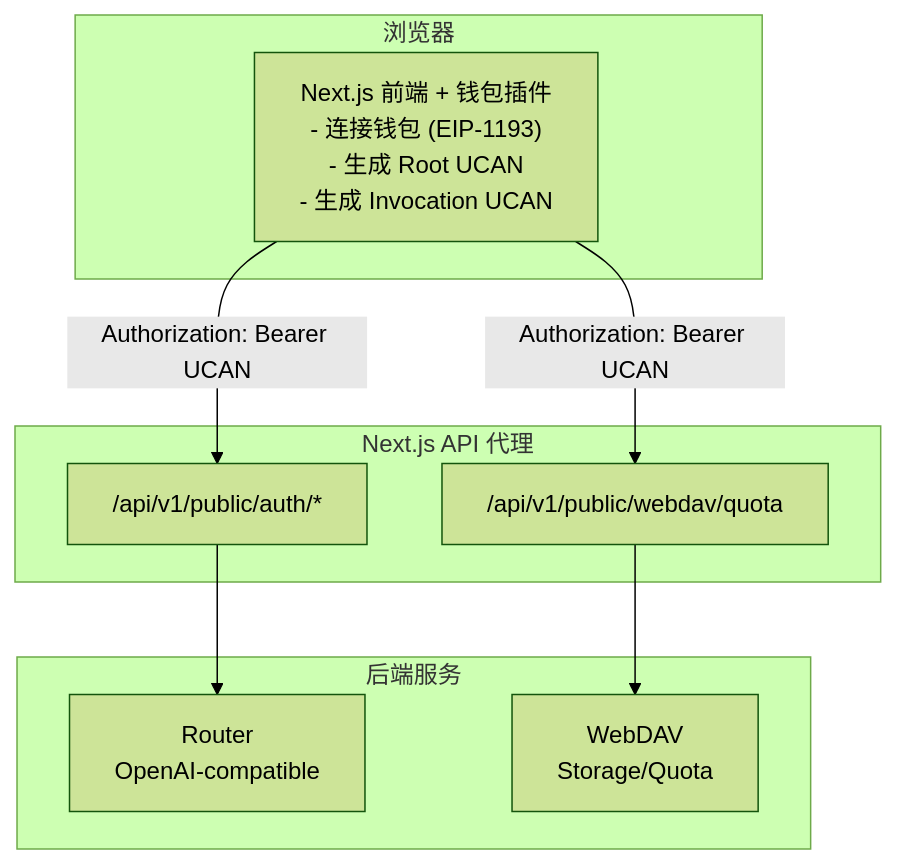
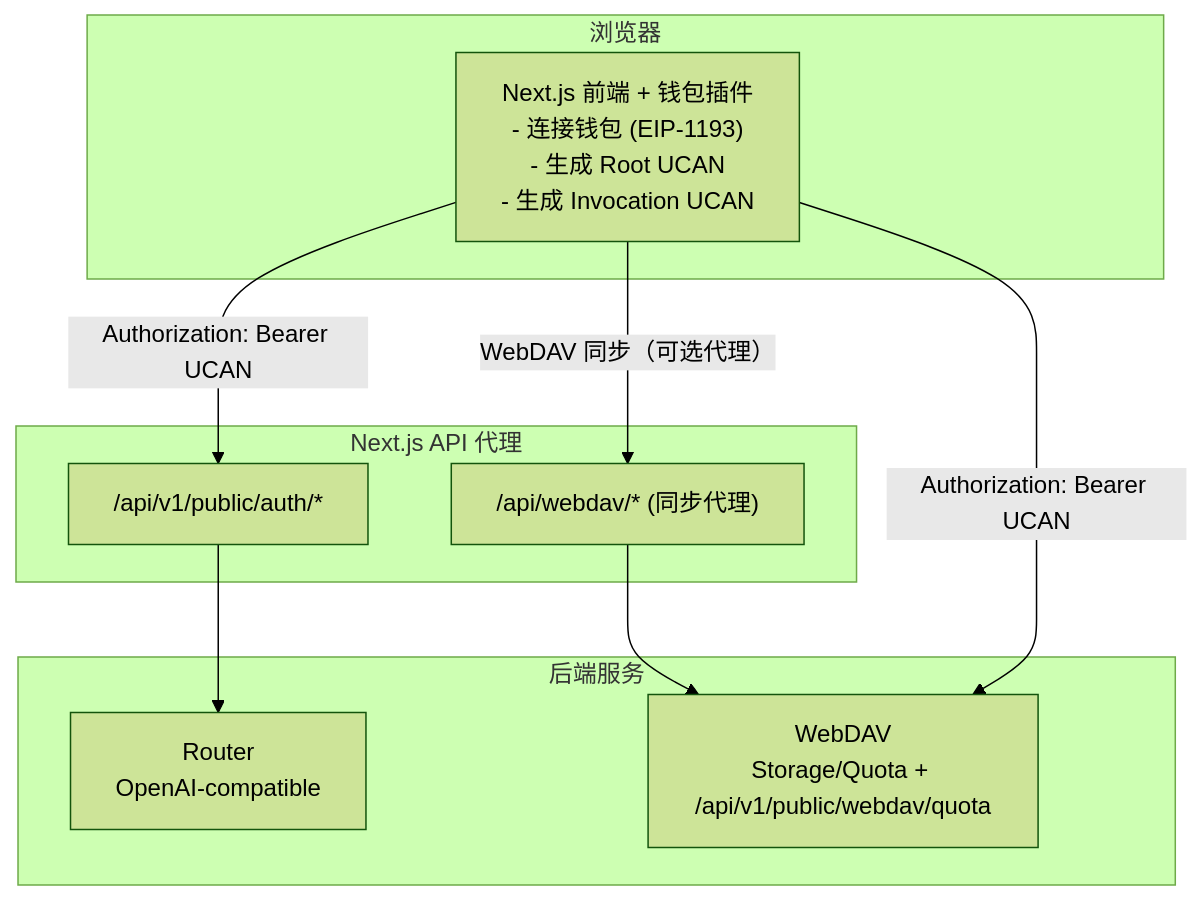
The diagram in docs/architecture-cn.md (yeying-community/chat), drawn with Mermaid (forest theme) before and after one commit. The commit also changed other lines of this file and 5 other files, not shown here.

Commit message:
remove webdav quota proxy route

````diff
--- a/docs/architecture-cn.md
+++ b/docs/architecture-cn.md
@@ -7,18 +7,19 @@
 ```mermaid
 flowchart TB
   subgraph Browser["浏览器"]
     UI["Next.js 前端 + 钱包插件<br/>- 连接钱包 (EIP-1193)<br/>- 生成 Root UCAN<br/>- 生成 Invocation UCAN"]
   end
   subgraph Proxy["Next.js API 代理"]
     AUTH["/api/v1/public/auth/*"]
-    WEBDAVQ["/api/v1/public/webdav/quota"]
+    WEBDAVSYNC["/api/webdav/* (同步代理)"]
   end
   subgraph Backends["后端服务"]
     ROUTER["Router<br/>OpenAI-compatible"]
-    WEBDAV["WebDAV<br/>Storage/Quota"]
+    WEBDAV["WebDAV<br/>Storage/Quota + /api/v1/public/webdav/quota"]
   end
   UI -->|"Authorization: Bearer UCAN"| AUTH
-  UI -->|"Authorization: Bearer UCAN"| WEBDAVQ
+  UI -->|"Authorization: Bearer UCAN"| WEBDAV
+  UI -->|"WebDAV 同步（可选代理）"| WEBDAVSYNC
   AUTH --> ROUTER
-  WEBDAVQ --> WEBDAV
+  WEBDAVSYNC --> WEBDAV
 ```
````
